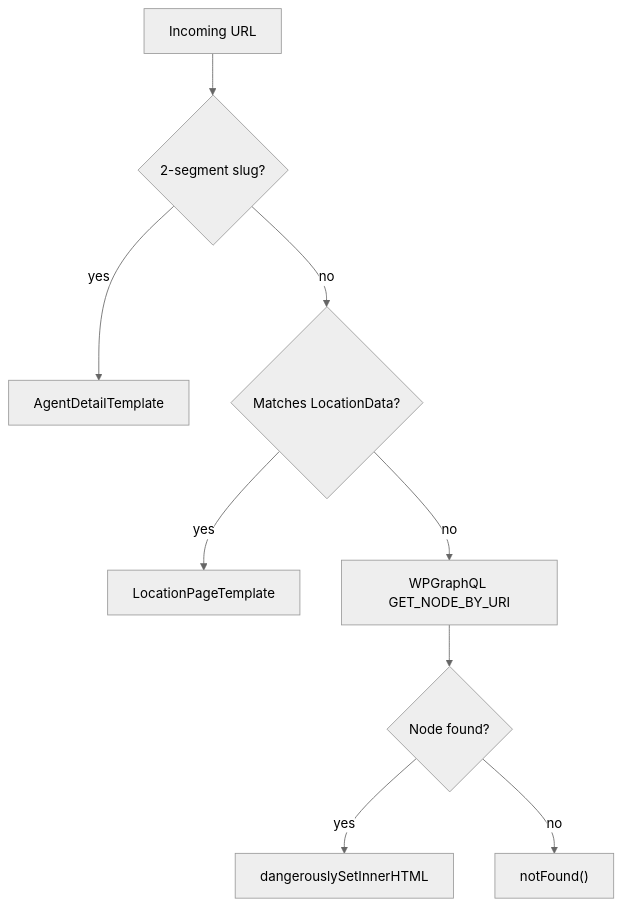
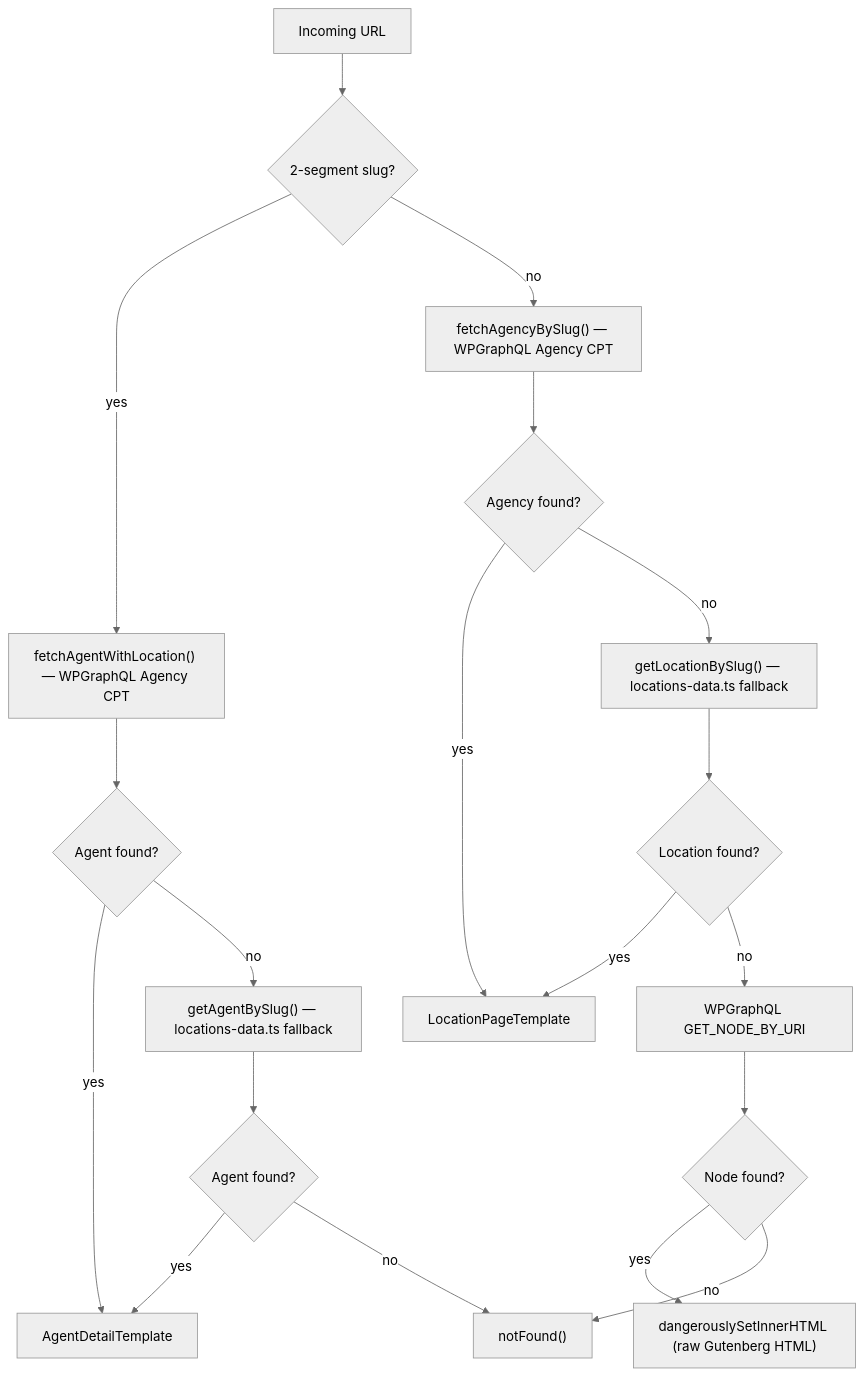
The diagram in docs/ROUTING.md (eugenioej/amerilife), drawn with Mermaid (neutral theme) before and after one commit. The commit also changed other lines of this file and 78 other files, not shown here.

````diff
--- a/docs/ROUTING.md
+++ b/docs/ROUTING.md
@@ -115,11 +144,23 @@
 ```mermaid
 flowchart TD
     request["Incoming URL"] --> twoSeg{"2-segment slug?"}
-    twoSeg -->|yes| agentDetail["AgentDetailTemplate"]
-    twoSeg -->|no| oneSeg{"Matches LocationData?"}
-    oneSeg -->|yes| locationPage["LocationPageTemplate"]
-    oneSeg -->|no| wpQuery["WPGraphQL GET_NODE_BY_URI"]
+
+    twoSeg -->|yes| gqlAgent["fetchAgentWithLocation() — WPGraphQL Agency CPT"]
+    gqlAgent --> gqlAgentFound{"Agent found?"}
+    gqlAgentFound -->|yes| agentDetail["AgentDetailTemplate"]
+    gqlAgentFound -->|no| staticAgent["getAgentBySlug() — locations-data.ts fallback"]
+    staticAgent --> staticAgentFound{"Agent found?"}
+    staticAgentFound -->|yes| agentDetail
+    staticAgentFound -->|no| notFound["notFound()"]
+
+    twoSeg -->|no| gqlLocation["fetchAgencyBySlug() — WPGraphQL Agency CPT"]
+    gqlLocation --> gqlLocFound{"Agency found?"}
+    gqlLocFound -->|yes| locationPage["LocationPageTemplate"]
+    gqlLocFound -->|no| staticLoc["getLocationBySlug() — locations-data.ts fallback"]
+    staticLoc --> staticLocFound{"Location found?"}
+    staticLocFound -->|yes| locationPage
+    staticLocFound -->|no| wpQuery["WPGraphQL GET_NODE_BY_URI"]
     wpQuery --> wpFound{"Node found?"}
-    wpFound -->|yes| wpRender["dangerouslySetInnerHTML"]
-    wpFound -->|no| notFound["notFound()"]
+    wpFound -->|yes| wpRender["dangerouslySetInnerHTML (raw Gutenberg HTML)"]
+    wpFound -->|no| notFound
 ```
````
